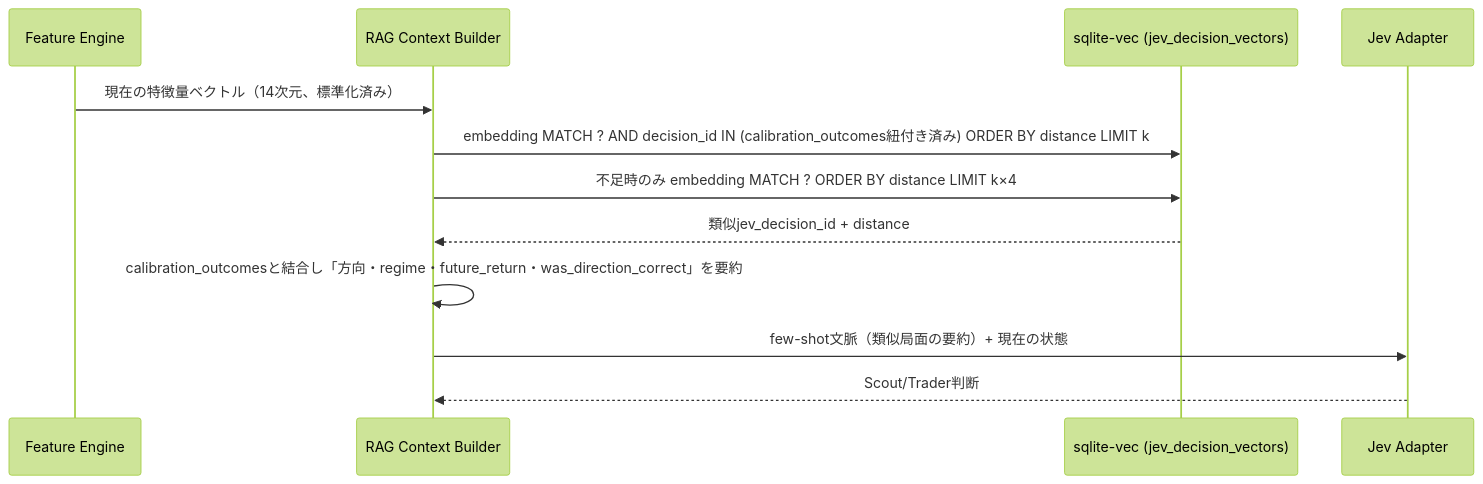
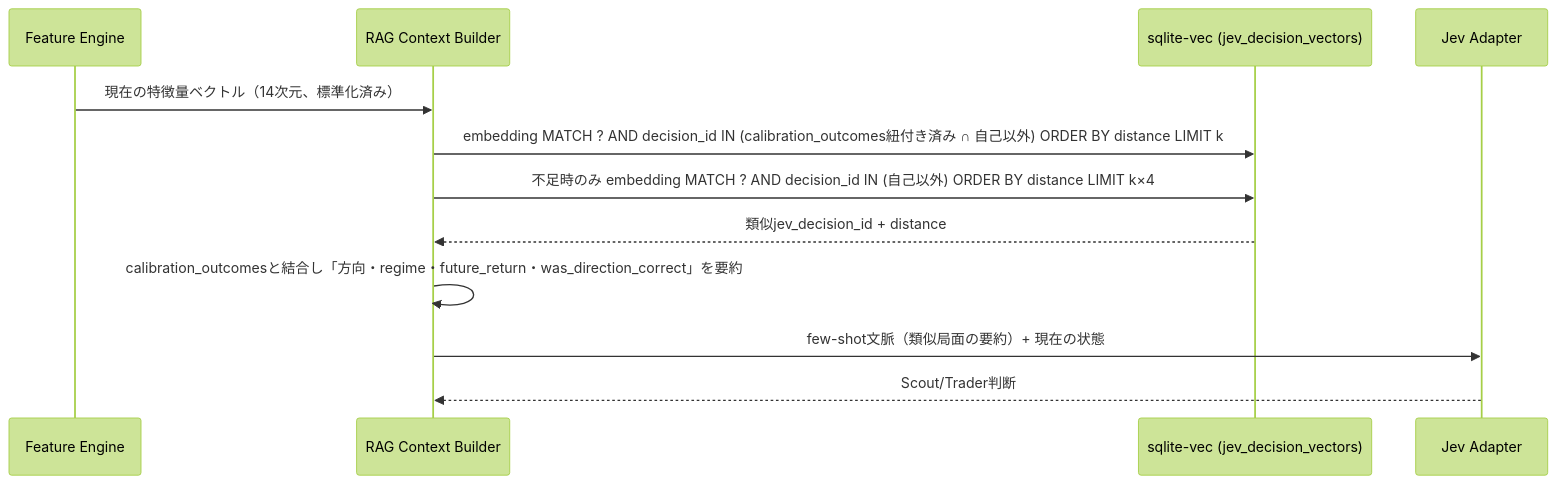
One commit to ousiassllc/pitha-trador changed the first of 4 diagrams in docs/architecture/overview/integrations.md. Above: the diagram before and after it, drawn with Mermaid (forest theme). The commit also changed other lines of this file and 3 other files, not shown here.

````diff
--- a/docs/architecture/overview/integrations.md
+++ b/docs/architecture/overview/integrations.md
@@ -44,15 +44,15 @@
 ```mermaid
 sequenceDiagram
     participant FE as Feature Engine
     participant RAG as RAG Context Builder
     participant VEC as sqlite-vec (jev_decision_vectors)
     participant JEV as Jev Adapter
 
     FE->>RAG: 現在の特徴量ベクトル（14次元、標準化済み）
-    RAG->>VEC: embedding MATCH ? AND decision_id IN (calibration_outcomes紐付き済み) ORDER BY distance LIMIT k
-    RAG->>VEC: 不足時のみ embedding MATCH ? ORDER BY distance LIMIT k×4
+    RAG->>VEC: embedding MATCH ? AND decision_id IN (calibration_outcomes紐付き済み ∩ 自己以外) ORDER BY distance LIMIT k
+    RAG->>VEC: 不足時のみ embedding MATCH ? AND decision_id IN (自己以外) ORDER BY distance LIMIT k×4
     VEC-->>RAG: 類似jev_decision_id + distance
     RAG->>RAG: calibration_outcomesと結合し「方向・regime・future_return・was_direction_correct」を要約
     RAG->>JEV: few-shot文脈（類似局面の要約）+ 現在の状態
     JEV-->>RAG: Scout/Trader判断
 ```
````
